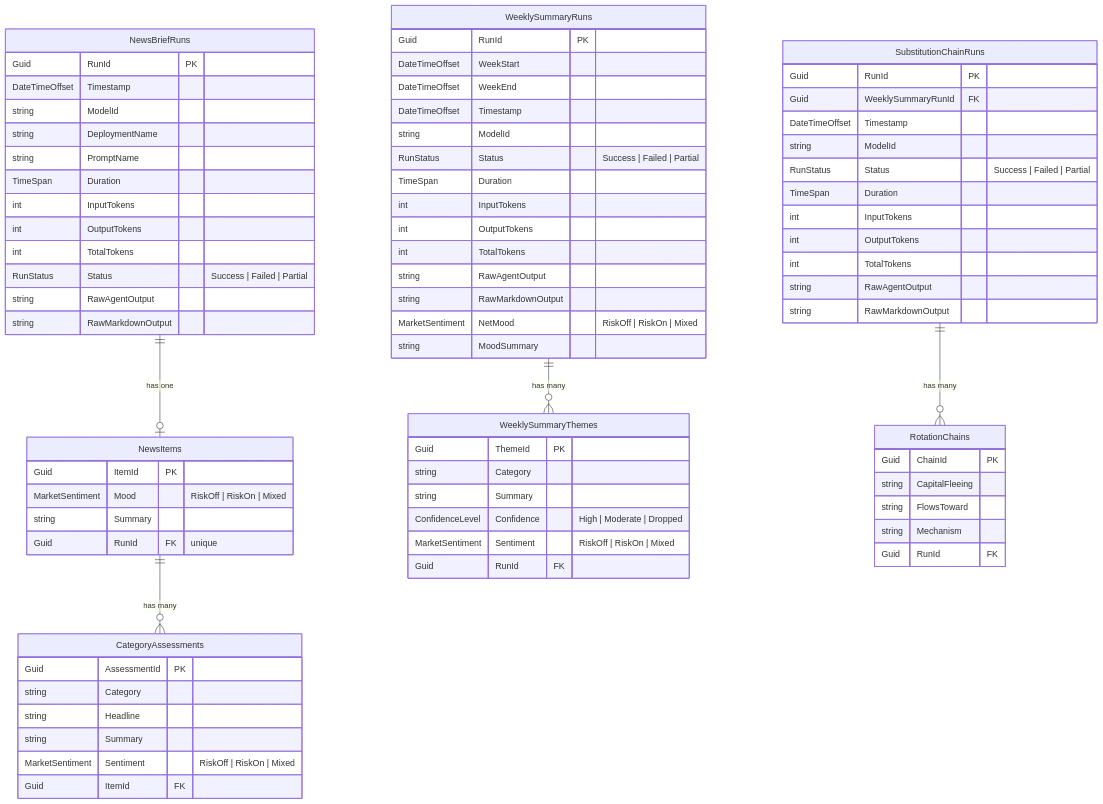
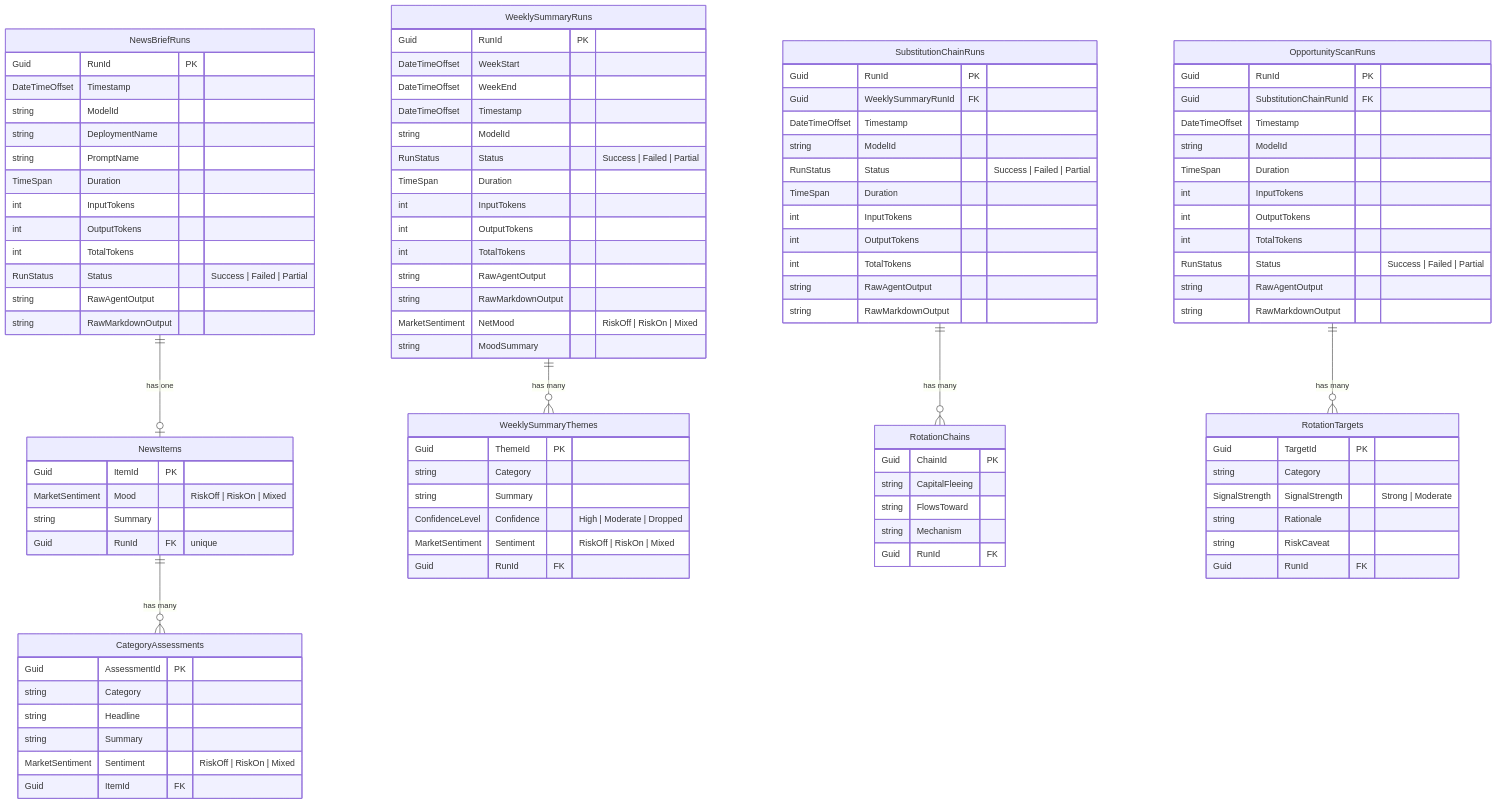
Before and after one commit to Muhomorik/KanelBulleKapital: the second of 2 diagrams in FikaForecast/README.md, drawn with Mermaid. The commit also changed other lines of this file and 31 other files, not shown here.

First line of the commit message:
Add Opportunity Scan functionality:

````diff
--- a/FikaForecast/README.md
+++ b/FikaForecast/README.md
@@ -254,4 +256,29 @@
     NewsItems ||--o{ CategoryAssessments : "has many"
     WeeklySummaryRuns ||--o{ WeeklySummaryThemes : "has many"
     SubstitutionChainRuns ||--o{ RotationChains : "has many"
+
+    OpportunityScanRuns {
+        Guid RunId PK
+        Guid SubstitutionChainRunId FK
+        DateTimeOffset Timestamp
+        string ModelId
+        TimeSpan Duration
+        int InputTokens
+        int OutputTokens
+        int TotalTokens
+        RunStatus Status "Success | Failed | Partial"
+        string RawAgentOutput
+        string RawMarkdownOutput
+    }
+
+    RotationTargets {
+        Guid TargetId PK
+        string Category
+        SignalStrength SignalStrength "Strong | Moderate"
+        string Rationale
+        string RiskCaveat
+        Guid RunId FK
+    }
+
+    OpportunityScanRuns ||--o{ RotationTargets : "has many"
 ```
````
